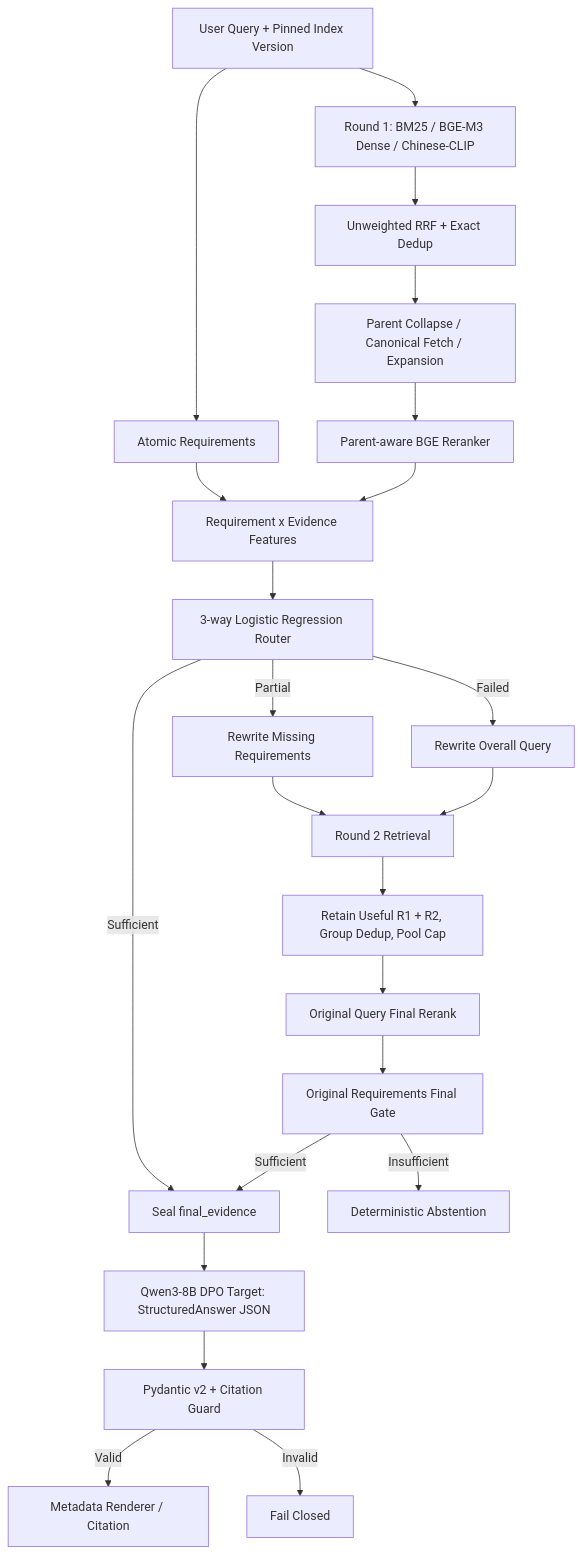
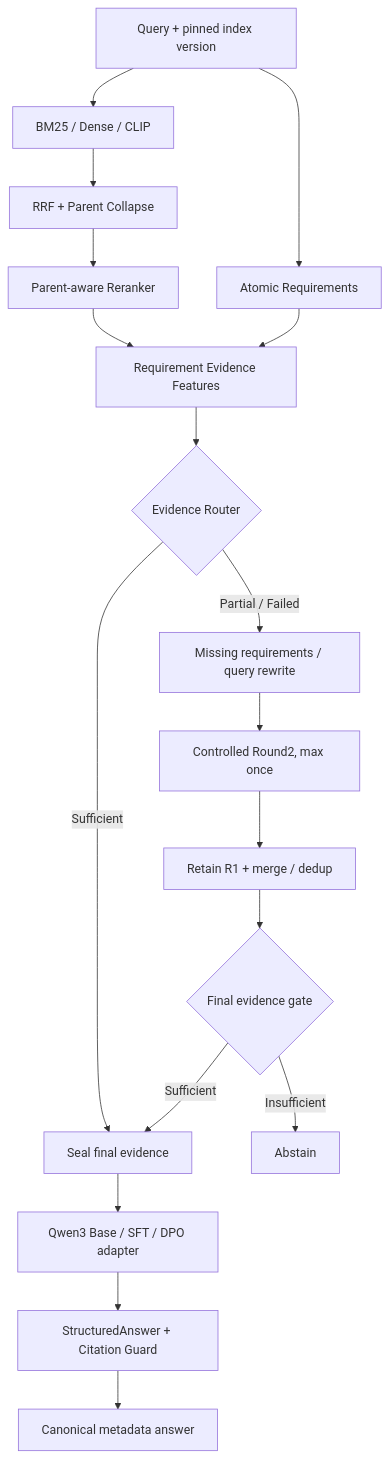
The diagram in README.md (Yuebi-ui/controlled-agentic-rag), drawn with Mermaid before and after one commit. The commit also changed other lines of this file and 141 other files, not shown here.

````diff
--- a/README.md
+++ b/README.md
@@ -11,25 +10,20 @@
 ```mermaid
 flowchart TD
-    Q[User Query + Pinned Index Version] --> D[Atomic Requirements]
-    Q --> R1[Round 1: BM25 / BGE-M3 Dense / Chinese-CLIP]
-    R1 --> F[Unweighted RRF + Exact Dedup]
-    F --> P[Parent Collapse / Canonical Fetch / Expansion]
-    P --> RR[Parent-aware BGE Reranker]
-    D --> G[Requirement x Evidence Features]
-    RR --> G
-    G --> LR[3-way Logistic Regression Router]
-    LR -->|Sufficient| S[Seal final_evidence]
-    LR -->|Partial| PM[Rewrite Missing Requirements]
-    LR -->|Failed| FL[Rewrite Overall Query]
-    PM --> R2[Round 2 Retrieval]
-    FL --> R2
-    R2 --> M[Retain Useful R1 + R2, Group Dedup, Pool Cap]
-    M --> FR[Original Query Final Rerank]
-    FR --> FG[Original Requirements Final Gate]
-    FG -->|Sufficient| S
-    FG -->|Insufficient| AB[Deterministic Abstention]
-    S --> A[Qwen3-8B DPO Target: StructuredAnswer JSON]
-    A --> V[Pydantic v2 + Citation Guard]
-    V -->|Valid| OUT[Metadata Renderer / Citation]
-    V -->|Invalid| ERR[Fail Closed]
+    Q[Query + pinned index version] --> AR[Atomic Requirements]
+    Q --> R[BM25 / Dense / CLIP]
+    R --> F[RRF + Parent Collapse]
+    F --> RR[Parent-aware Reranker]
+    RR --> ER[Requirement Evidence Features]
+    AR --> ER
+    ER --> ROUTER{Evidence Router}
+    ROUTER -->|Sufficient| SEAL[Seal final evidence]
+    ROUTER -->|Partial / Failed| REWRITE[Missing requirements / query rewrite]
+    REWRITE --> R2[Controlled Round2, max once]
+    R2 --> MERGE[Retain R1 + merge / dedup]
+    MERGE --> FG{Final evidence gate}
+    FG -->|Sufficient| SEAL
+    FG -->|Insufficient| ABSTAIN[Abstain]
+    SEAL --> GEN[Qwen3 Base / SFT / DPO adapter]
+    GEN --> CG[StructuredAnswer + Citation Guard]
+    CG --> OUT[Canonical metadata answer]
 ```
````
